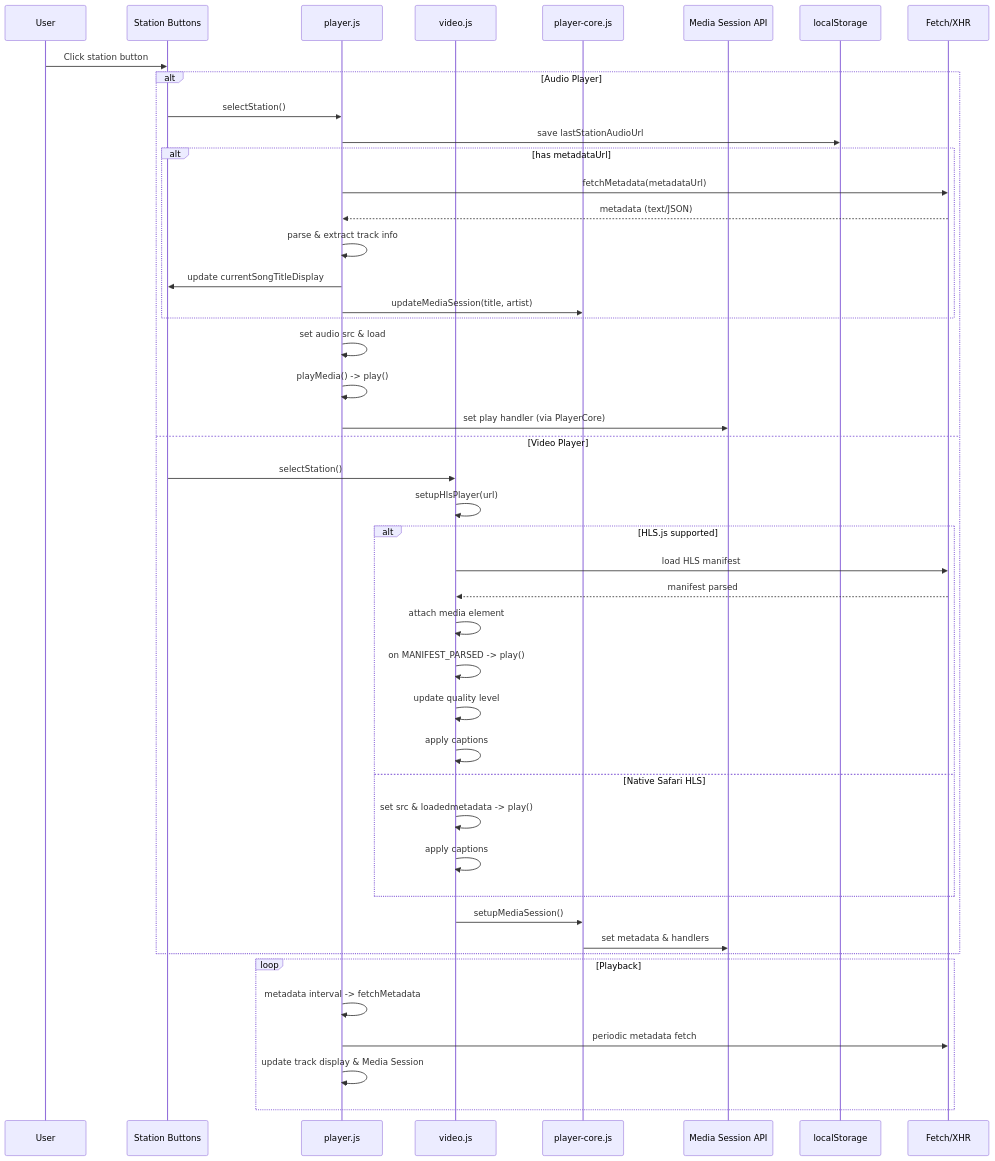
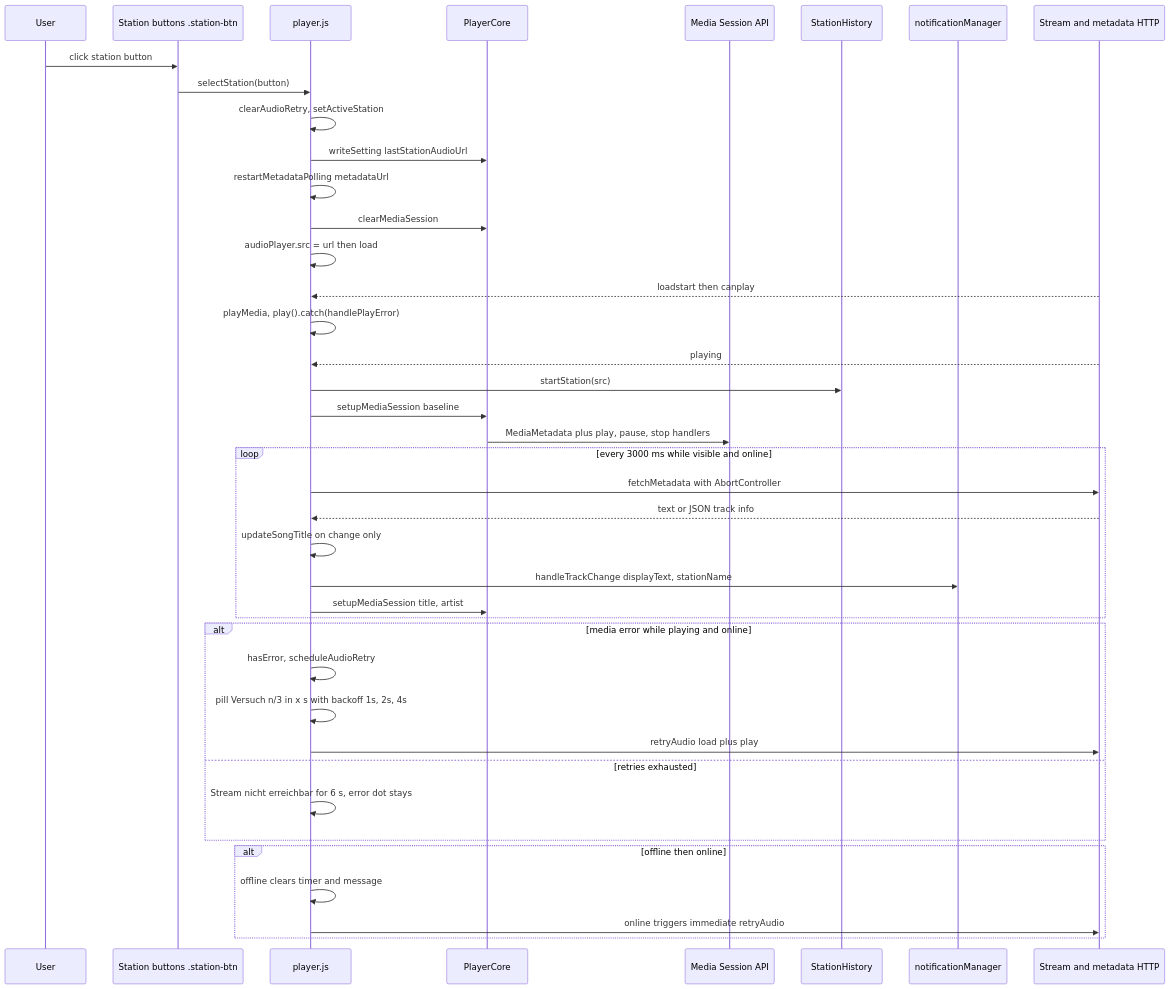
Before and after one commit to marianwolf/oidarwave: the diagram in openwiki/workflows/playback.md, drawn with Mermaid. The commit also changed other lines of this file and 36 other files, not shown here.

````diff
--- a/openwiki/workflows/playback.md
+++ b/openwiki/workflows/playback.md
@@ -191,49 +137,43 @@
 ```mermaid
 sequenceDiagram
     participant User
-    participant UI as Station Buttons
-    participant AudioPlayer as player.js
-    participant VideoPlayer as video.js
-    participant PlayerCore as player-core.js
-    participant MediaSession as Media Session API
-    participant Storage as localStorage
-    participant Network as Fetch/XHR
+    participant Buttons as Station buttons .station-btn
+    participant Audio as player.js
+    participant Core as PlayerCore
+    participant Media as Media Session API
+    participant History as StationHistory
+    participant Notifier as notificationManager
+    participant Net as Stream and metadata HTTP
 
-    User->>UI: Click station button
-    alt Audio Player
-        UI->>AudioPlayer: selectStation()
-        AudioPlayer->>Storage: save lastStationAudioUrl
-        alt has metadataUrl
-            AudioPlayer->>Network: fetchMetadata(metadataUrl)
-            Network-->>AudioPlayer: metadata (text/JSON)
-            AudioPlayer->>AudioPlayer: parse & extract track info
-            AudioPlayer->>UI: update currentSongTitleDisplay
-            AudioPlayer->>PlayerCore: updateMediaSession(title, artist)
-        end
-        AudioPlayer->>AudioPlayer: set audio src & load
-        AudioPlayer->>AudioPlayer: playMedia() -> play()
-        AudioPlayer->>MediaSession: set play handler (via PlayerCore)
-    else Video Player
-        UI->>VideoPlayer: selectStation()
-        VideoPlayer->>VideoPlayer: setupHlsPlayer(url)
-        alt HLS.js supported
-            VideoPlayer->>Network: load HLS manifest
-            Network-->>VideoPlayer: manifest parsed
-            VideoPlayer->>VideoPlayer: attach media element
-            VideoPlayer->>VideoPlayer: on MANIFEST_PARSED -> play()
-            VideoPlayer->>VideoPlayer: update quality level
-            VideoPlayer->>VideoPlayer: apply captions
-        else Native Safari HLS
-            VideoPlayer->>VideoPlayer: set src & loadedmetadata -> play()
-            VideoPlayer->>VideoPlayer: apply captions
-        end
-        VideoPlayer->>PlayerCore: setupMediaSession()
-        PlayerCore->>MediaSession: set metadata & handlers
+    User->>Buttons: click station button
+    Buttons->>Audio: selectStation(button)
+    Audio->>Audio: clearAudioRetry, setActiveStation
+    Audio->>Core: writeSetting lastStationAudioUrl
+    Audio->>Audio: restartMetadataPolling metadataUrl
+    Audio->>Core: clearMediaSession
+    Audio->>Audio: audioPlayer.src = url then load
+    Net-->>Audio: loadstart then canplay
+    Audio->>Audio: playMedia, play().catch(handlePlayError)
+    Net-->>Audio: playing
+    Audio->>History: startStation(src)
+    Audio->>Core: setupMediaSession baseline
+    Core->>Media: MediaMetadata plus play, pause, stop handlers
+    loop every 3000 ms while visible and online
+        Audio->>Net: fetchMetadata with AbortController
+        Net-->>Audio: text or JSON track info
+        Audio->>Audio: updateSongTitle on change only
+        Audio->>Notifier: handleTrackChange displayText, stationName
+        Audio->>Core: setupMediaSession title, artist
     end
-    
-    loop Playback
-        AudioPlayer->>AudioPlayer: metadata interval -> fetchMetadata
-        AudioPlayer->>Network: periodic metadata fetch
-        AudioPlayer->>AudioPlayer: update track display & Media Session
+    alt media error while playing and online
+        Audio->>Audio: hasError, scheduleAudioRetry
+        Audio->>Audio: pill Versuch n/3 in x s with backoff 1s, 2s, 4s
+        Audio->>Net: retryAudio load plus play
+    else retries exhausted
+        Audio->>Audio: Stream nicht erreichbar for 6 s, error dot stays
+    end
+    alt offline then online
+        Audio->>Audio: offline clears timer and message
+        Audio->>Net: online triggers immediate retryAudio
     end
 ```
````
